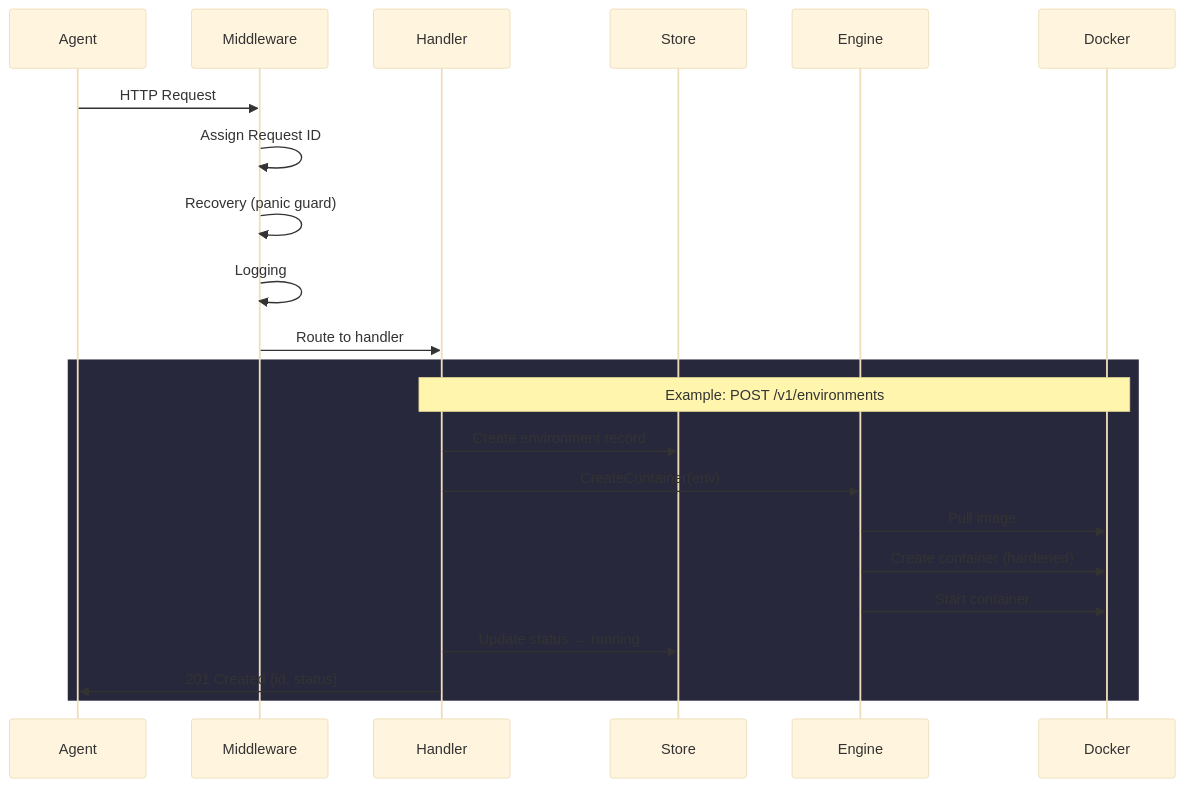
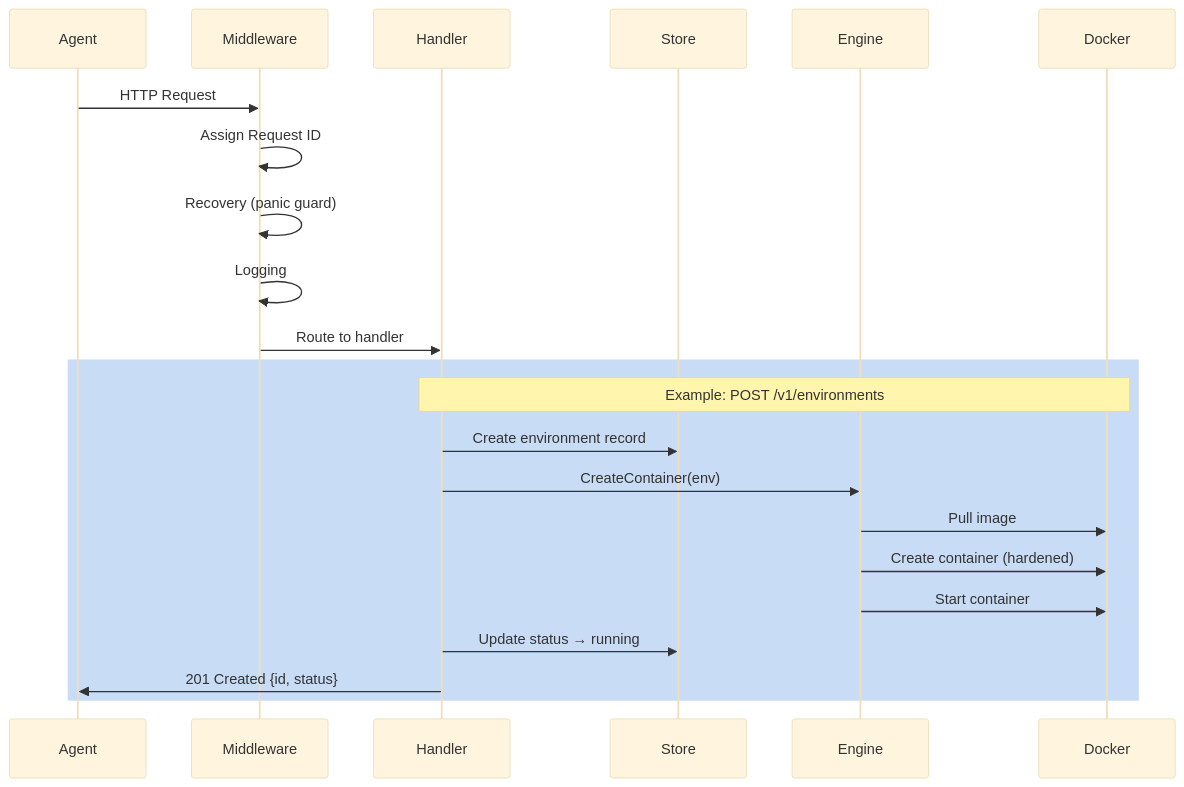
The third of 5 diagrams in README.md (dacs30/Forge-Agent-Harness-API), drawn with Mermaid (base theme) before and after one commit.

Commit message:
readme update

````diff
--- a/README.md
+++ b/README.md
@@ -91,26 +91,26 @@
 ```mermaid
 sequenceDiagram
     participant Agent
     participant Middleware
     participant Handler
     participant Store
     participant Engine
     participant Docker
 
     Agent->>Middleware: HTTP Request
     Middleware->>Middleware: Assign Request ID
     Middleware->>Middleware: Recovery (panic guard)
     Middleware->>Middleware: Logging
     Middleware->>Handler: Route to handler
 
-    rect rgb(40, 40, 60)
+    rect rgb(200, 220, 245)
         Note over Handler,Docker: Example: POST /v1/environments
         Handler->>Store: Create environment record
         Handler->>Engine: CreateContainer(env)
         Engine->>Docker: Pull image
         Engine->>Docker: Create container (hardened)
         Engine->>Docker: Start container
         Handler->>Store: Update status → running
         Handler->>Agent: 201 Created {id, status}
     end
 ```
````
